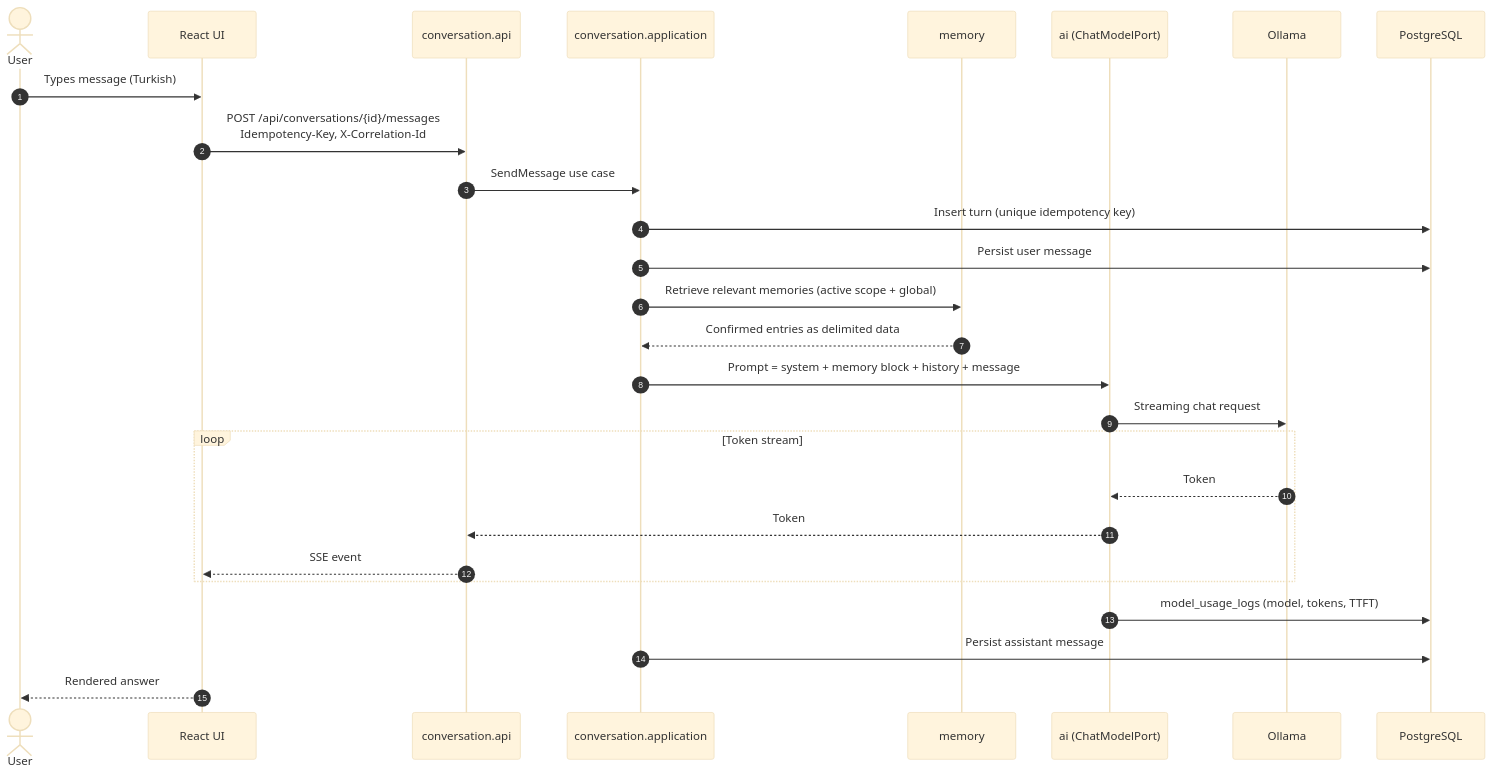
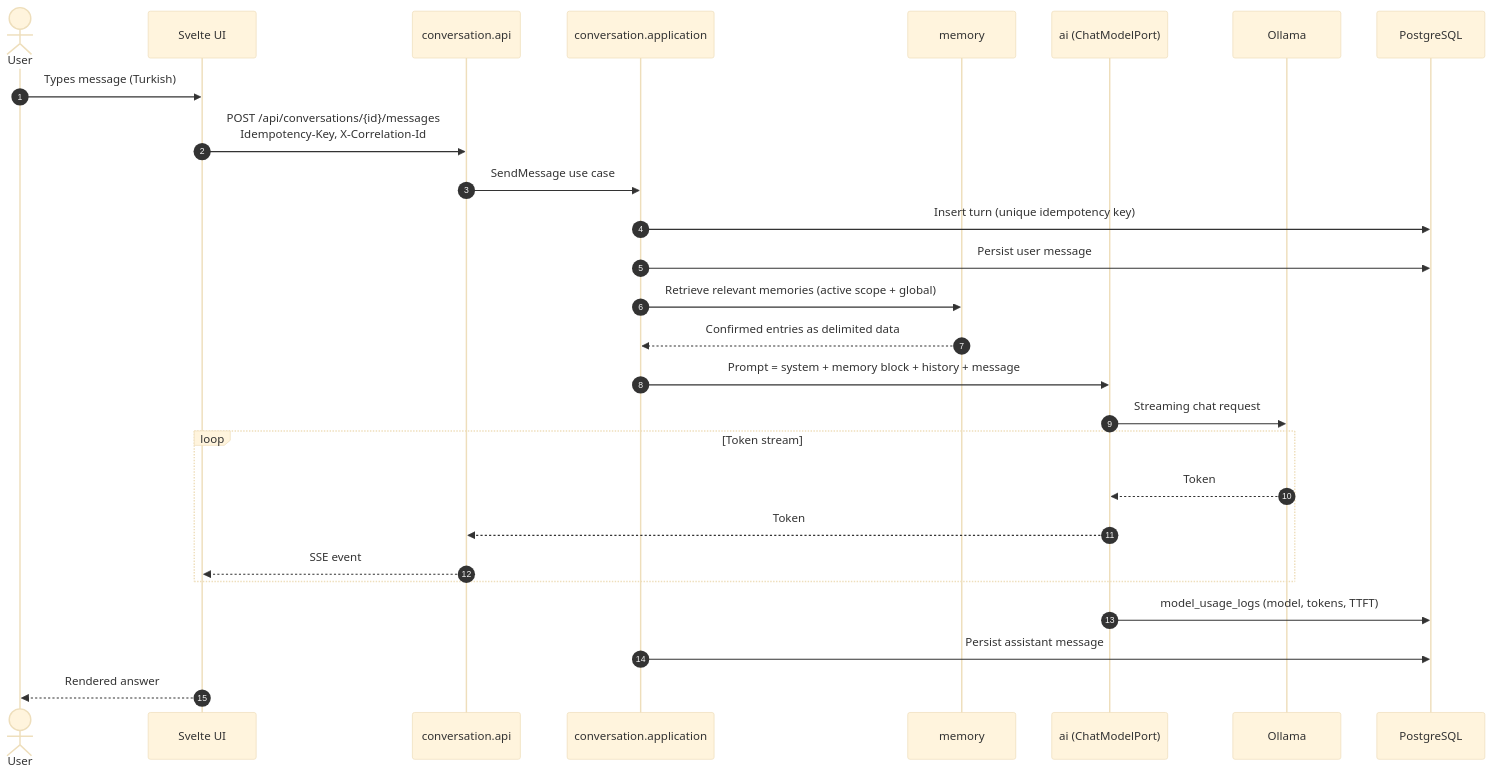
One commit to eerenyilmazz/mell-assistant changed the fifth of 21 diagrams in docs/PLAN.md. Above: the diagram before and after it, drawn with Mermaid (base theme). The commit also changed other lines of this file and 4 other files, not shown here.

````diff
--- a/docs/PLAN.md
+++ b/docs/PLAN.md
@@ -269,30 +270,30 @@
 ```mermaid
 sequenceDiagram
     autonumber
     actor U as User
-    participant UI as React UI
+    participant UI as Svelte UI
     participant API as conversation.api
     participant APP as conversation.application
     participant MEM as memory
     participant AI as ai (ChatModelPort)
     participant OL as Ollama
     participant DB as PostgreSQL
 
     U->>UI: Types message (Turkish)
     UI->>API: POST /api/conversations/{id}/messages<br/>Idempotency-Key, X-Correlation-Id
     API->>APP: SendMessage use case
     APP->>DB: Insert turn (unique idempotency key)
     APP->>DB: Persist user message
     APP->>MEM: Retrieve relevant memories (active scope + global)
     MEM-->>APP: Confirmed entries as delimited data
     APP->>AI: Prompt = system + memory block + history + message
     AI->>OL: Streaming chat request
     loop Token stream
         OL-->>AI: Token
         AI-->>API: Token
         API-->>UI: SSE event
     end
     AI->>DB: model_usage_logs (model, tokens, TTFT)
     APP->>DB: Persist assistant message
     UI-->>U: Rendered answer
 ```
````
